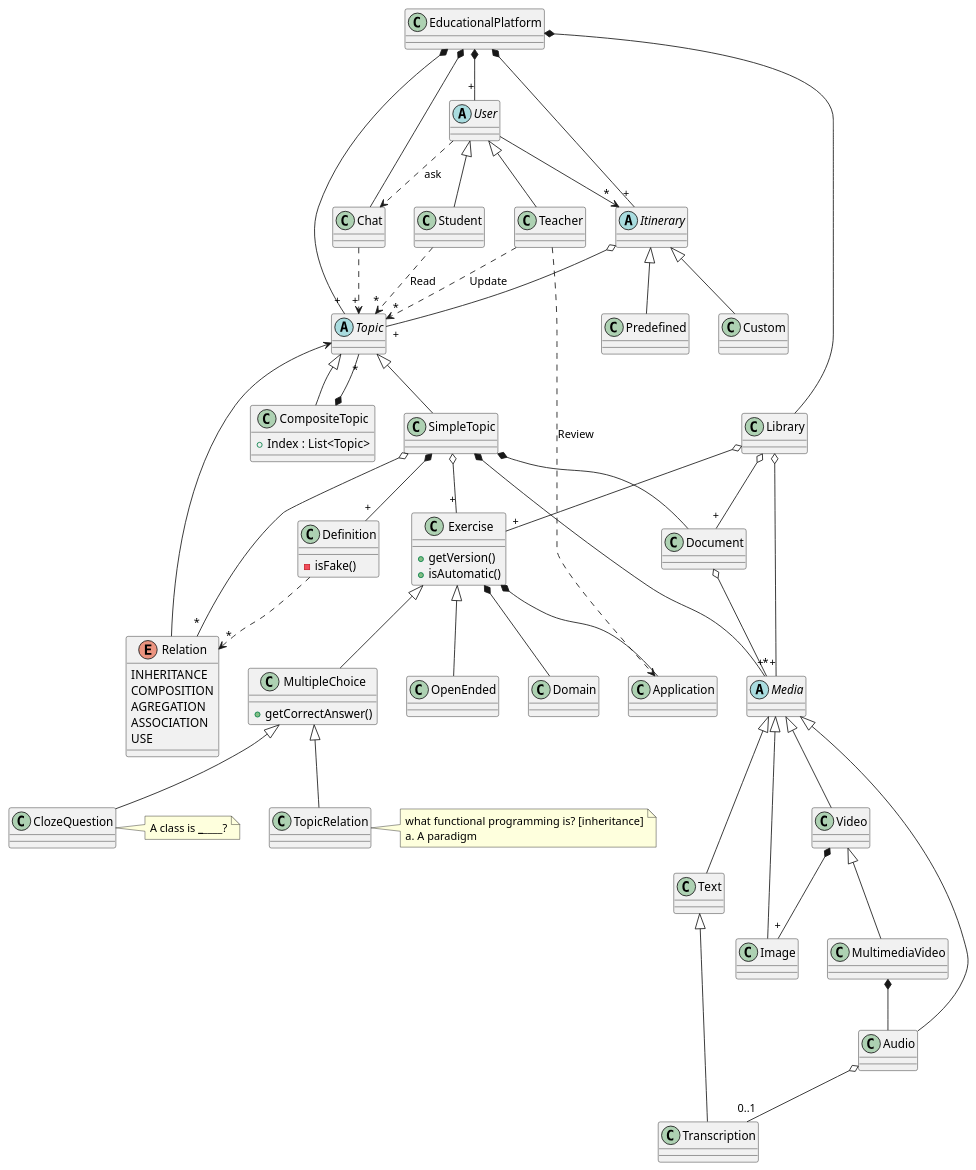
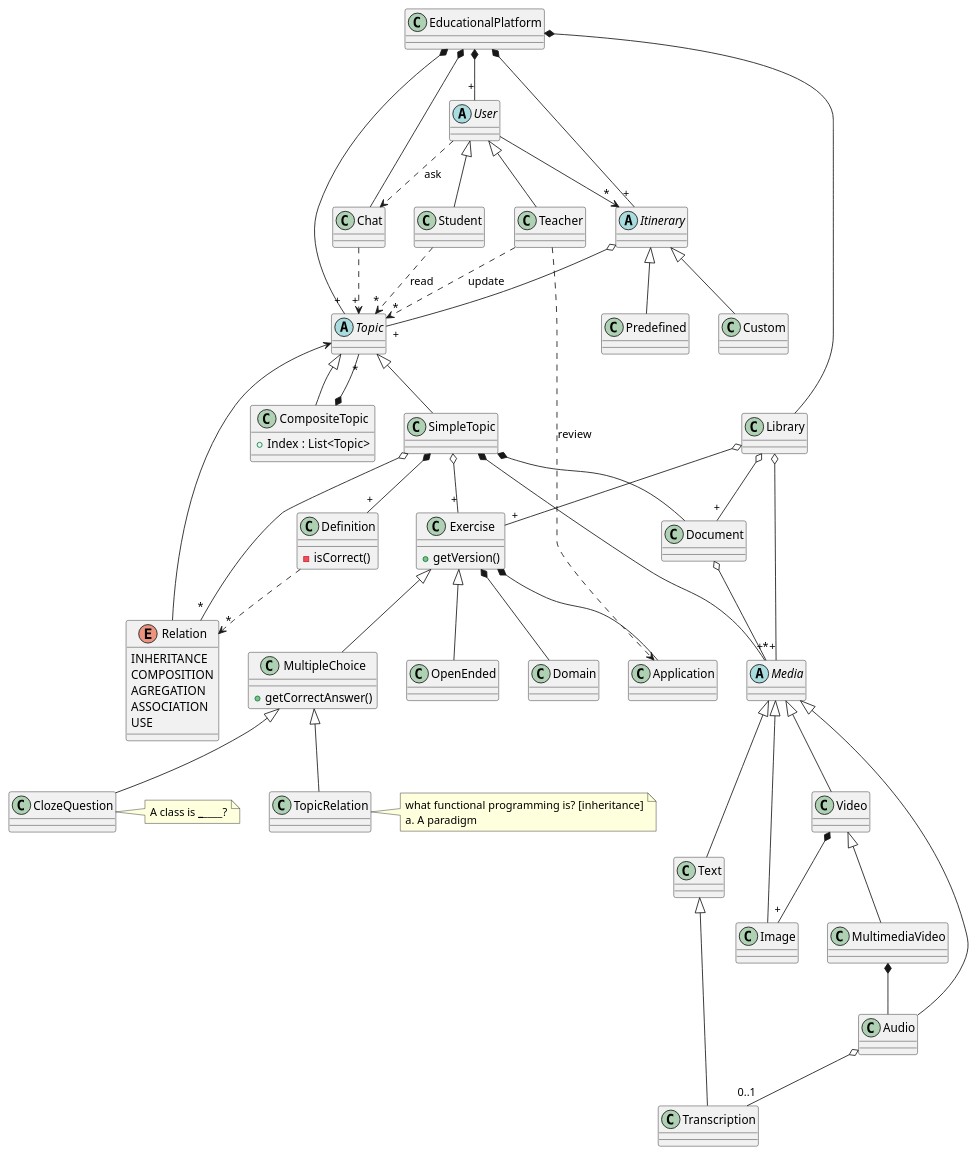
Before and after one commit to jumpering/lab-turing: the diagram in Diagrams/EducationPlatform/v2-e-platform.puml, drawn with PlantUML.

Commit message:
some changes in this branch

```diff
--- a/Diagrams/EducationPlatform/v2-e-platform.puml
+++ b/Diagrams/EducationPlatform/v2-e-platform.puml
@@ -1,115 +1,114 @@
 @startuml 
 
 EducationalPlatform *-- "+" Topic
 EducationalPlatform *-- "+" Itinerary
 EducationalPlatform *-- "+" User
 EducationalPlatform *-- Chat
 EducationalPlatform *-- Library
 Chat .right.> "+" Topic
 
 Library o-- "+" Document
 Library o-- "+" Exercise
 Library o-- "+" Media
 
 
 Document o-- "+" Media 
 
 abstract Media{}
 
 Media <|-- Image
 Media <|-- Audio
 Media <|-- Text
 Media <|-- Video
 
 Audio o-- "0..1" Transcription
 Text <|-- Transcription
 
 MultimediaVideo *-- Audio
 
 abstract User{}
 
 User <|-- Teacher
 User <|-- Student
 User ..> Chat: ask
 User --> "*" Itinerary
 
 Video *-- "+" Image
 Video <|-- MultimediaVideo
 
-Teacher ..> "*" Topic: Update
-Teacher ..> Application: Review
+Teacher ..> "*" Topic: update
+Teacher ..> Application: review
 
-Student ..> "*" Topic: Read
+Student ..> "*" Topic: read
 
 abstract Itinerary{
 }
 
 Itinerary <|-- Custom
 Itinerary <|-- Predefined
 Itinerary o-- "+" Topic
 
 class Exercise{  
      + getVersion()
-     + isAutomatic()
 }
 
 Exercise *-- Domain
 Exercise *-- Application
 
 
 abstract Topic{}
 
 Topic <|-down- SimpleTopic
 Topic <|-down- CompositeTopic
 
 class SimpleTopic{}
 
 SimpleTopic o-- "+" Exercise
 SimpleTopic *-- "+" Definition
 SimpleTopic o-- "*" Relation
 SimpleTopic *-- Document
 SimpleTopic *-- "*" Media
 
 class CompositeTopic{
     + Index : List<Topic>
 }   
 
 CompositeTopic *-- "*" Topic
 
 Enum Relation{
     INHERITANCE
     COMPOSITION 
     AGREGATION 
     ASSOCIATION 
     USE
 }
 
 Relation --> Topic
 
 class Definition{
-    - isFake()
+    - isCorrect()
 }
 
 Definition ..> "*" Relation
 
 Exercise <|-- MultipleChoice
 Exercise <|-- OpenEnded
 
 class MultipleChoice {
     + getCorrectAnswer()
 }
 
 MultipleChoice <|-- ClozeQuestion
 
 note right of ClozeQuestion
     A class is _________?
 end note
 
 MultipleChoice <|-- TopicRelation
 
 note right of TopicRelation
     what functional programming is? [inheritance]
     a. A paradigm
 end note
 
 @enduml
```
